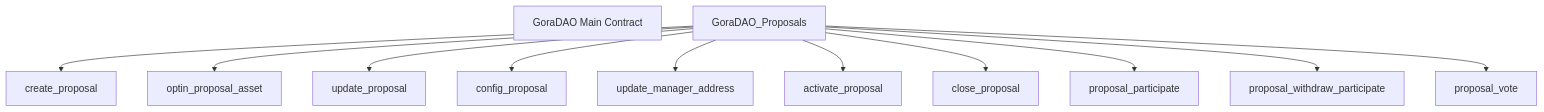
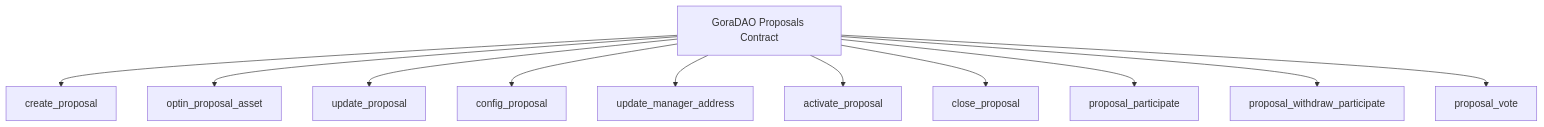
One commit to GoraNetwork/gora-dao-smartcontracts changed the fifth of 5 diagrams in README.md. Above: the diagram before and after it, drawn with Mermaid. The commit also changed other lines of this file, not shown here.

````diff
--- a/README.md
+++ b/README.md
@@ -223,17 +219,14 @@
 ``` Mermaid
 graph TD
-    GoraDAO_Main[GoraDAO Main Contract]
-
-
-    
+    GoraDAO_Proposals[GoraDAO Proposals Contract]
     GoraDAO_Proposals --> create_proposal_P[create_proposal]
     GoraDAO_Proposals --> optin_proposal_asset[optin_proposal_asset]
     GoraDAO_Proposals --> update_proposal_P[update_proposal]
     GoraDAO_Proposals --> config_proposal_P[config_proposal]
     GoraDAO_Proposals --> update_manager_address[update_manager_address]
     GoraDAO_Proposals --> activate_proposal_P[activate_proposal]
     GoraDAO_Proposals --> close_proposal_P[close_proposal]
     GoraDAO_Proposals --> proposal_participate_P[proposal_participate]
     GoraDAO_Proposals --> proposal_withdraw_participate_P[proposal_withdraw_participate]
     GoraDAO_Proposals --> proposal_vote_P[proposal_vote]
 ```
````
